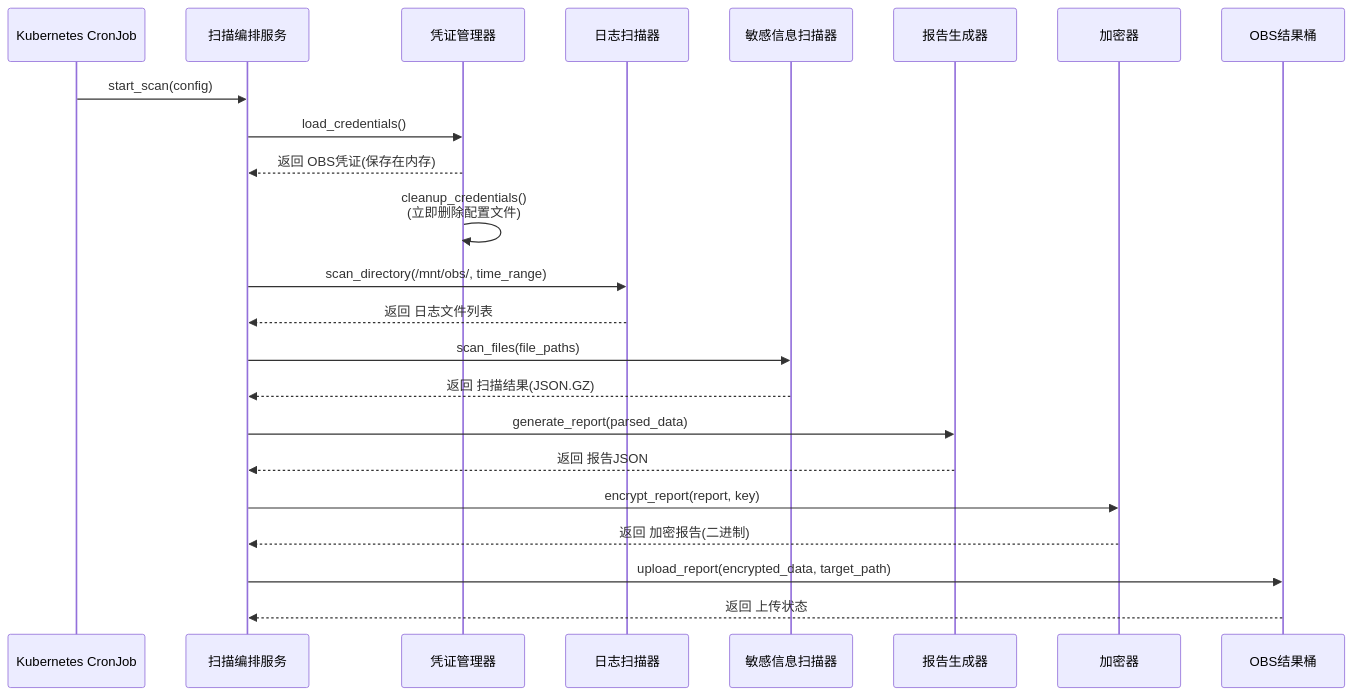
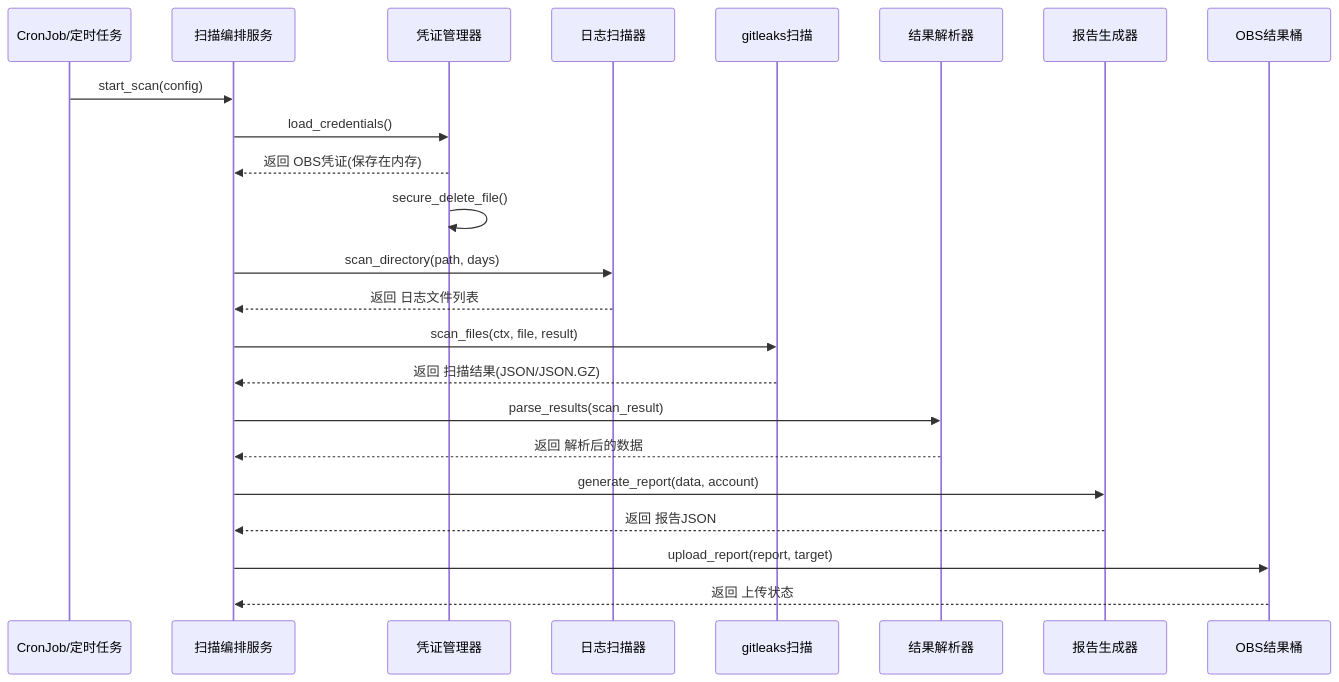
One commit to GeorgeCao-hw/backlog-test changed the third of 7 diagrams in opensourceways/issue_docs/67/Architecture Desgin/#67 Architecture Design Specification.md. Above: the diagram before and after it, drawn with Mermaid. The commit also changed other lines of this file and 3 other files, not shown here.

````diff
--- a/opensourceways/issue_docs/67/Architecture Desgin/#67 Architecture Design Specification.md
+++ b/opensourceways/issue_docs/67/Architecture Desgin/#67 Architecture Design Specification.md
@@ -167,26 +161,26 @@
 ```mermaid
 sequenceDiagram
-    participant CronJob as Kubernetes CronJob
+    participant CronJob as CronJob/定时任务
     participant Orchestrator as 扫描编排服务
     participant CredMgr as 凭证管理器
     participant LogScanner as 日志扫描器
-    participant SecretScanner as 敏感信息扫描器
+    participant SecretScanner as gitleaks扫描
+    participant ResultParser as 结果解析器
     participant ReportGen as 报告生成器
-    participant Encryptor as 加密器
     participant OBSResults as OBS结果桶
 
     CronJob->>Orchestrator: start_scan(config)
     Orchestrator->>CredMgr: load_credentials()
     CredMgr-->>Orchestrator: 返回 OBS凭证(保存在内存)
-    CredMgr->>CredMgr: cleanup_credentials()<br/>(立即删除配置文件)
-    Orchestrator->>LogScanner: scan_directory(/mnt/obs/, time_range)
+    CredMgr->>CredMgr: secure_delete_file()
+    Orchestrator->>LogScanner: scan_directory(path, days)
     LogScanner-->>Orchestrator: 返回 日志文件列表
-    Orchestrator->>SecretScanner: scan_files(file_paths)
-    SecretScanner-->>Orchestrator: 返回 扫描结果(JSON.GZ)
-    Orchestrator->>ReportGen: generate_report(parsed_data)
+    Orchestrator->>SecretScanner: scan_files(ctx, file, result)
+    SecretScanner-->>Orchestrator: 返回 扫描结果(JSON/JSON.GZ)
+    Orchestrator->>ResultParser: parse_results(scan_result)
+    ResultParser-->>Orchestrator: 返回 解析后的数据
+    Orchestrator->>ReportGen: generate_report(data, account)
     ReportGen-->>Orchestrator: 返回 报告JSON
-    Orchestrator->>Encryptor: encrypt_report(report, key)
-    Encryptor-->>Orchestrator: 返回 加密报告(二进制)
-    Orchestrator->>OBSResults: upload_report(encrypted_data, target_path)
+    Orchestrator->>OBSResults: upload_report(report, target)
     OBSResults-->>Orchestrator: 返回 上传状态
 ```
````
